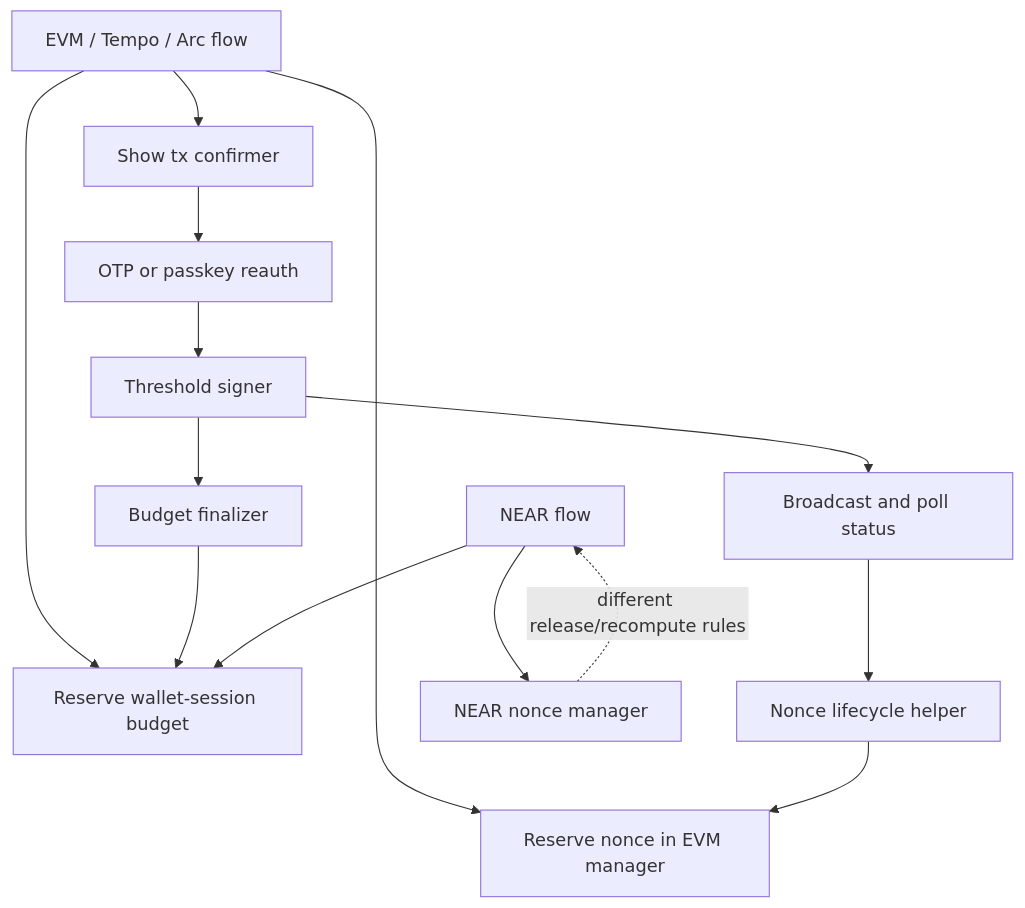
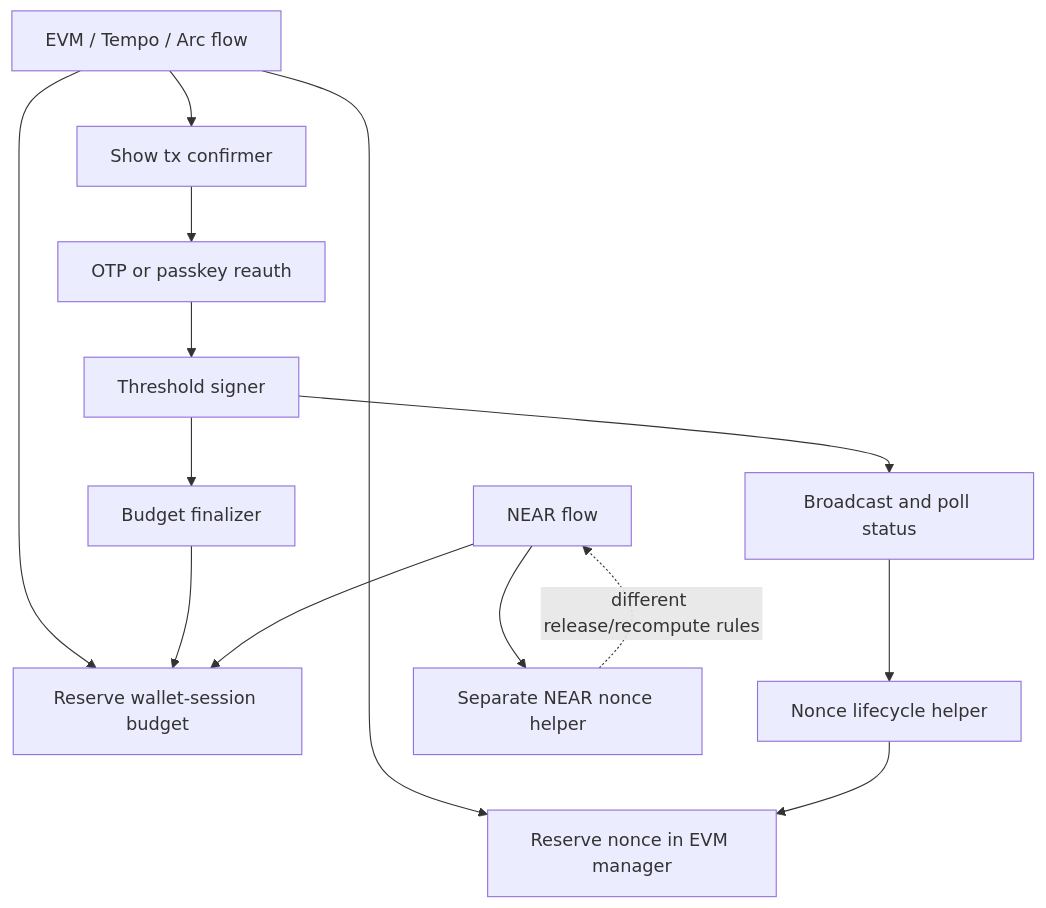
One commit to seams-tech/seams-sdk changed the first of 4 diagrams in docs/nonce-coordinator.md. Above: the diagram before and after it, drawn with Mermaid. The commit also changed other lines of this file and 121 other files, not shown here.

````diff
--- a/docs/nonce-coordinator.md
+++ b/docs/nonce-coordinator.md
@@ -32,16 +32,16 @@
 ```mermaid
 flowchart TD
   A["EVM / Tempo / Arc flow"] --> B["Reserve nonce in EVM manager"]
   A --> C["Reserve wallet-session budget"]
   A --> D["Show tx confirmer"]
   D --> E["OTP or passkey reauth"]
   E --> F["Threshold signer"]
   F --> G["Broadcast and poll status"]
   G --> H["Nonce lifecycle helper"]
   F --> I["Budget finalizer"]
   H --> B
   I --> C
-  J["NEAR flow"] --> K["NEAR nonce manager"]
+  J["NEAR flow"] --> K["Separate NEAR nonce helper"]
   J --> C
   K -. "different release/recompute rules" .-> J
 ```
````
